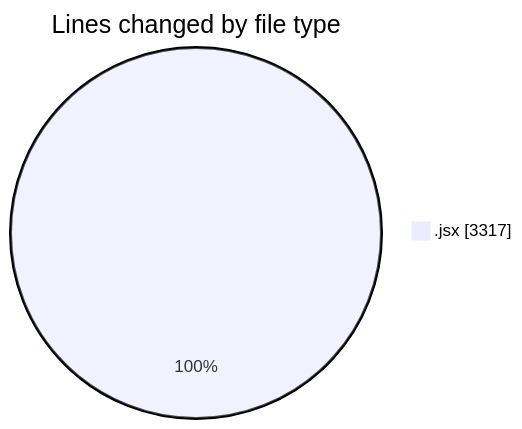
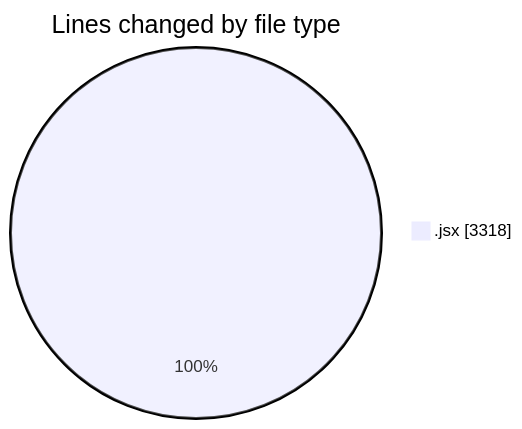
The first of 2 diagrams in 2025-12-07/nxtqube_webapp/README.md (nxtqubesakshisongat/code-tracking), drawn with Mermaid before and after one commit. The commit also changed other lines of this file and 1 other file, not shown here.

````diff
--- a/2025-12-07/nxtqube_webapp/README.md
+++ b/2025-12-07/nxtqube_webapp/README.md
@@ -21,5 +21,5 @@
 ```mermaid
 pie showData
 title Lines changed by file type
-".jsx" : 3317
+".jsx" : 3318
 ```
````
